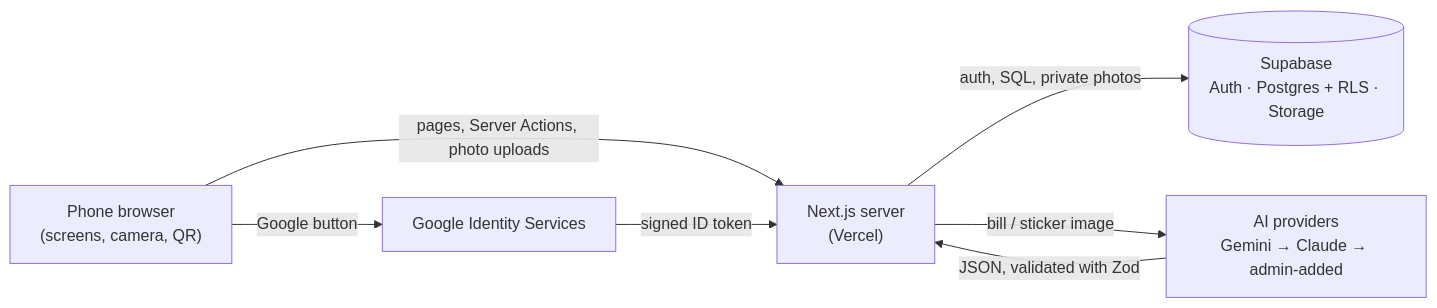
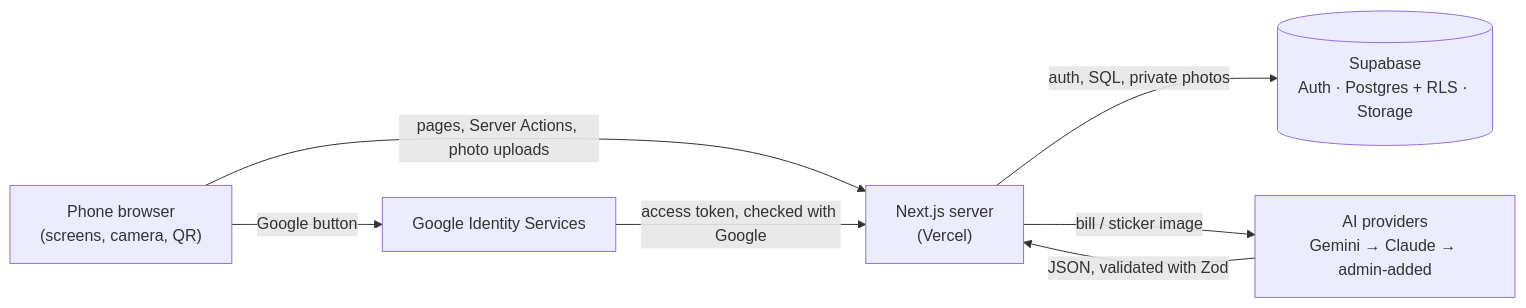
Before and after one commit to sandoval02/kabuteam: the second of 2 diagrams in README.md, drawn with Mermaid. The commit also changed other lines of this file and 5 other files, not shown here.

````diff
--- a/README.md
+++ b/README.md
@@ -128,9 +128,9 @@
 ```mermaid
 flowchart LR
   P["Phone browser<br/>(screens, camera, QR)"] -->|"pages, Server Actions, photo uploads"| N["Next.js server<br/>(Vercel)"]
   N -->|"auth, SQL, private photos"| S[("Supabase<br/>Auth · Postgres + RLS · Storage")]
   N -->|"bill / sticker image"| AI["AI providers<br/>Gemini → Claude → admin-added"]
   AI -->|"JSON, validated with Zod"| N
   P -->|"Google button"| G["Google Identity Services"]
-  G -->|"signed ID token"| N
+  G -->|"access token, checked with Google"| N
 ```
````
